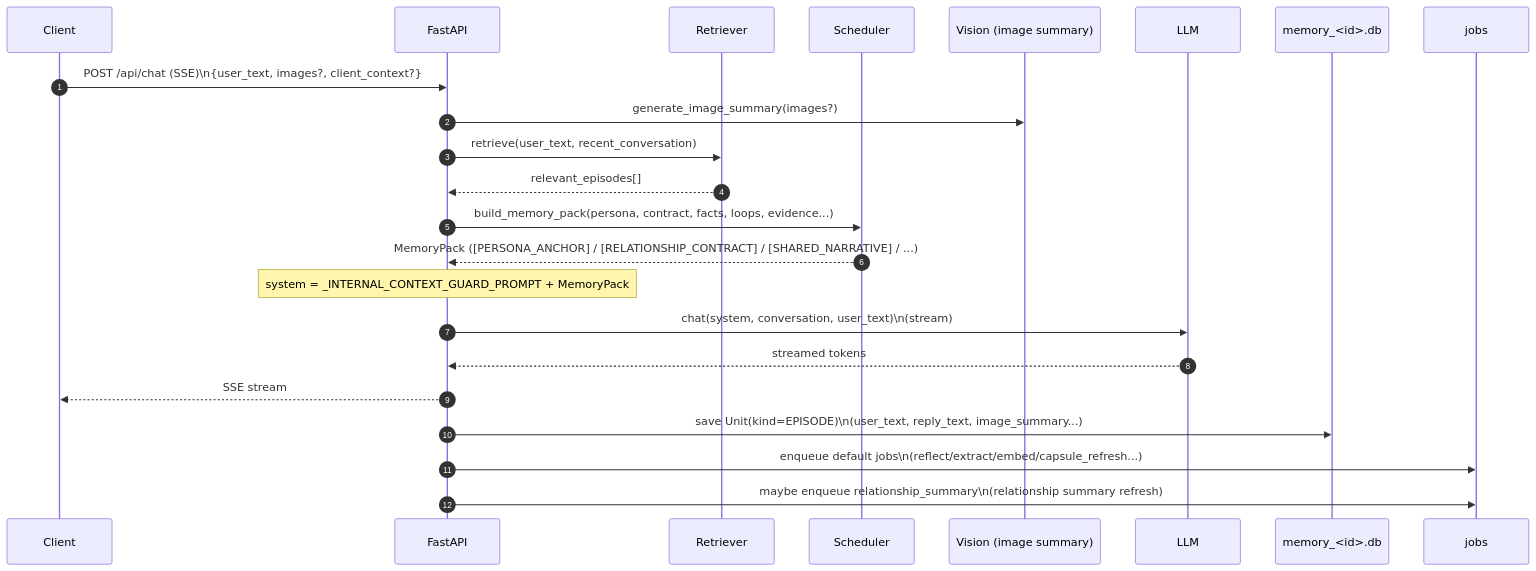
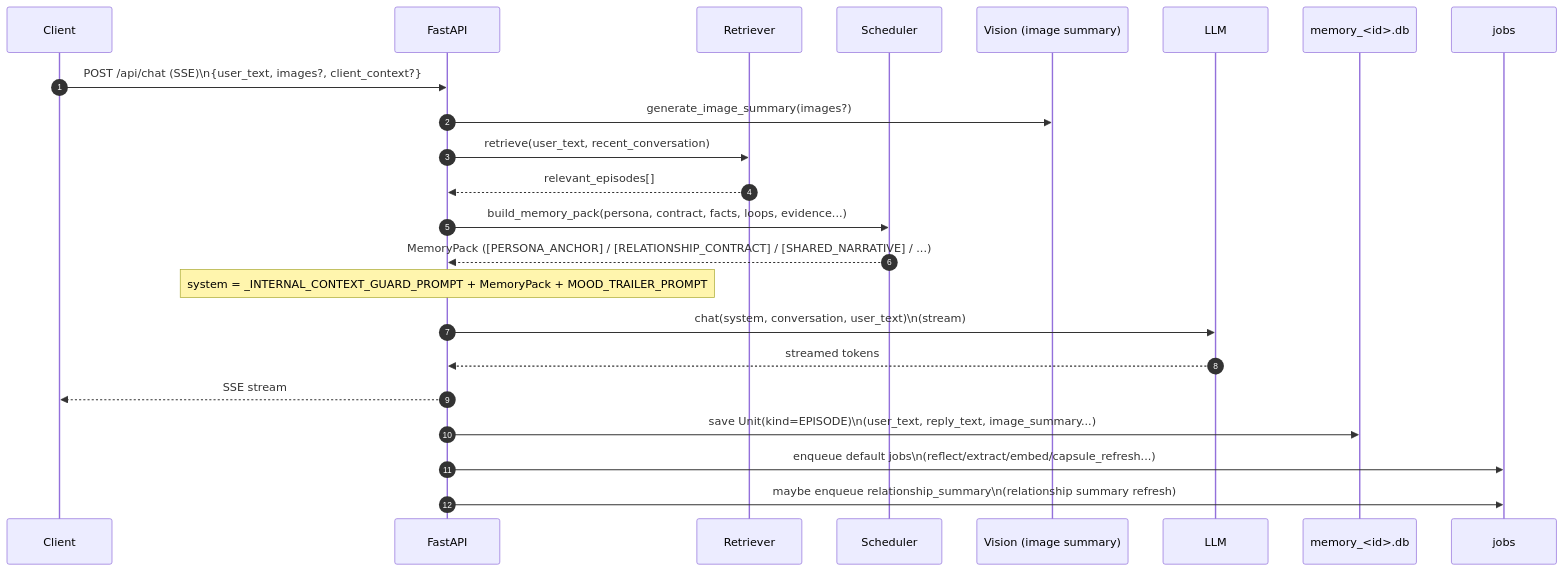
One commit to hirona98/cocoro_ghost changed the third of 4 diagrams in docs/prompt_usage_map.md. Above: the diagram before and after it, drawn with Mermaid. The commit also changed other lines of this file and 13 other files, not shown here.

````diff
--- a/docs/prompt_usage_map.md
+++ b/docs/prompt_usage_map.md
@@ -159,26 +160,26 @@
 ```mermaid
 sequenceDiagram
   autonumber
   participant UI as Client
   participant API as FastAPI
   participant RET as Retriever
   participant SCH as Scheduler
   participant VIS as Vision (image summary)
   participant LLM as LLM
   participant DB as memory_<id>.db
   participant Q as jobs
 
   UI->>API: POST /api/chat (SSE)\n{user_text, images?, client_context?}
   API->>VIS: generate_image_summary(images?)
   API->>RET: retrieve(user_text, recent_conversation)
   RET-->>API: relevant_episodes[]
   API->>SCH: build_memory_pack(persona, contract, facts, loops, evidence...)
   SCH-->>API: MemoryPack ([PERSONA_ANCHOR] / [RELATIONSHIP_CONTRACT] / [SHARED_NARRATIVE] / ...)
-  Note over API: system = _INTERNAL_CONTEXT_GUARD_PROMPT + MemoryPack
+  Note over API: system = _INTERNAL_CONTEXT_GUARD_PROMPT + MemoryPack + MOOD_TRAILER_PROMPT
   API->>LLM: chat(system, conversation, user_text)\n(stream)
   LLM-->>API: streamed tokens
   API-->>UI: SSE stream
   API->>DB: save Unit(kind=EPISODE)\n(user_text, reply_text, image_summary...)
   API->>Q: enqueue default jobs\n(reflect/extract/embed/capsule_refresh...)
   API->>Q: maybe enqueue relationship_summary\n(relationship summary refresh)
 ```
````
